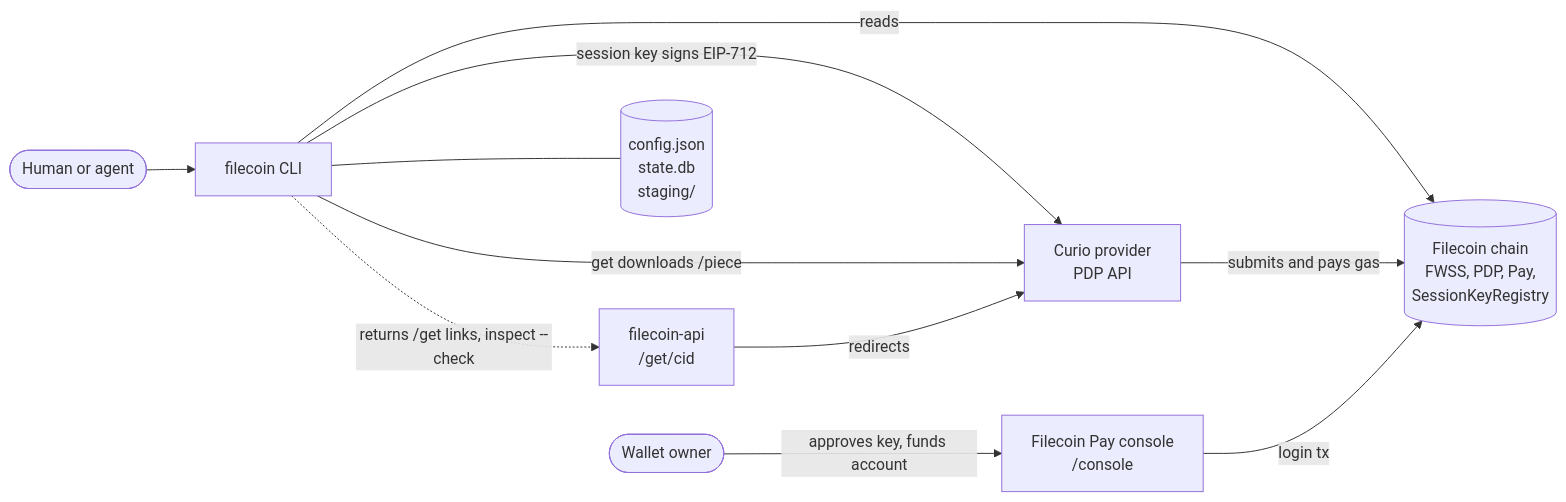
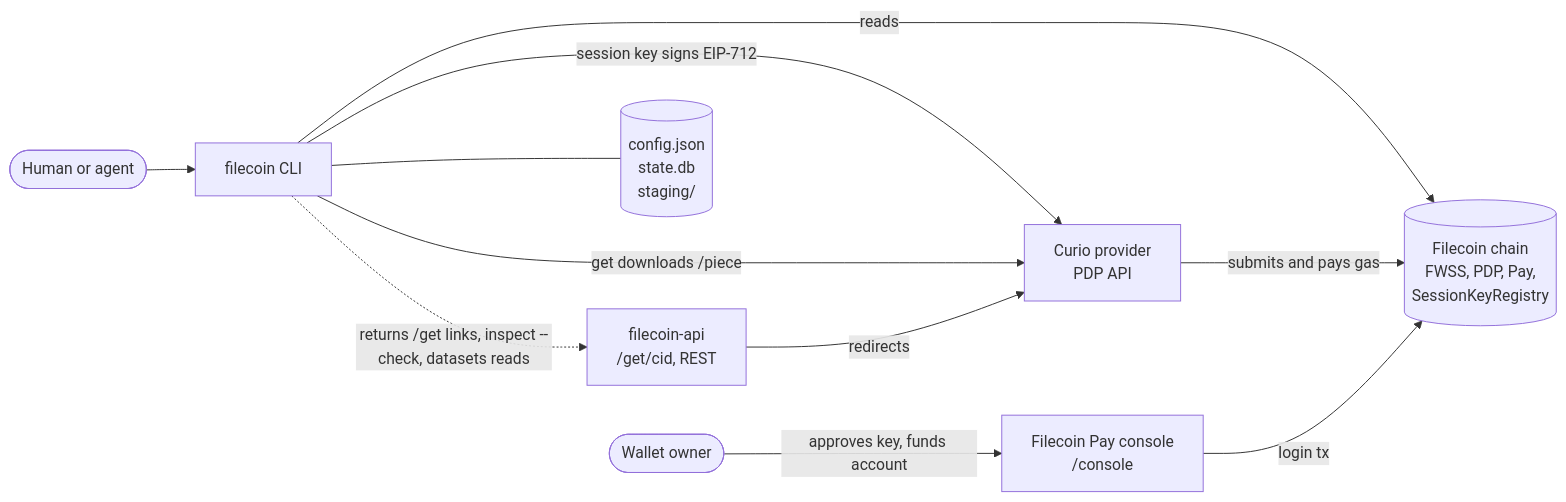
The first of 3 diagrams in docs/filecoin/architecture.md (filecoin-project/agents), drawn with Mermaid before and after one commit. The commit also changed other lines of this file and 1 other file, not shown here.

First line of the commit message:
docs: describe the datasets reads from filecoin-api

````diff
--- a/docs/filecoin/architecture.md
+++ b/docs/filecoin/architecture.md
@@ -16,13 +16,13 @@
 ```mermaid
 flowchart LR
   user([Human or agent]) --> cli[filecoin CLI]
   cli -- session key signs EIP-712 --> curio[Curio provider<br/>PDP API]
   cli -- reads --> chain[(Filecoin chain<br/>FWSS, PDP, Pay,<br/>SessionKeyRegistry)]
   curio -- submits and pays gas --> chain
   owner([Wallet owner]) -- approves key, funds account --> app[Filecoin Pay console<br/>/console]
   app -- login tx --> chain
   cli -- get downloads /piece --> curio
-  cli -. returns /get links, inspect --check .-> api[filecoin-api<br/>/get/cid]
+  cli -. returns /get links, inspect --check, datasets reads .-> api[filecoin-api<br/>/get/cid, REST]
   api -- redirects --> curio
   cli --- local[(config.json<br/>state.db<br/>staging/)]
 ```
````
